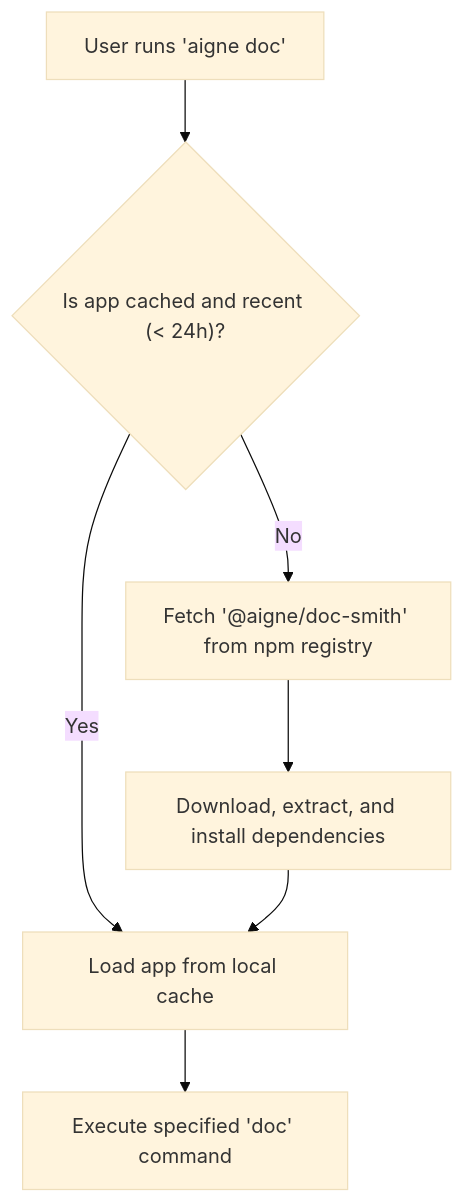
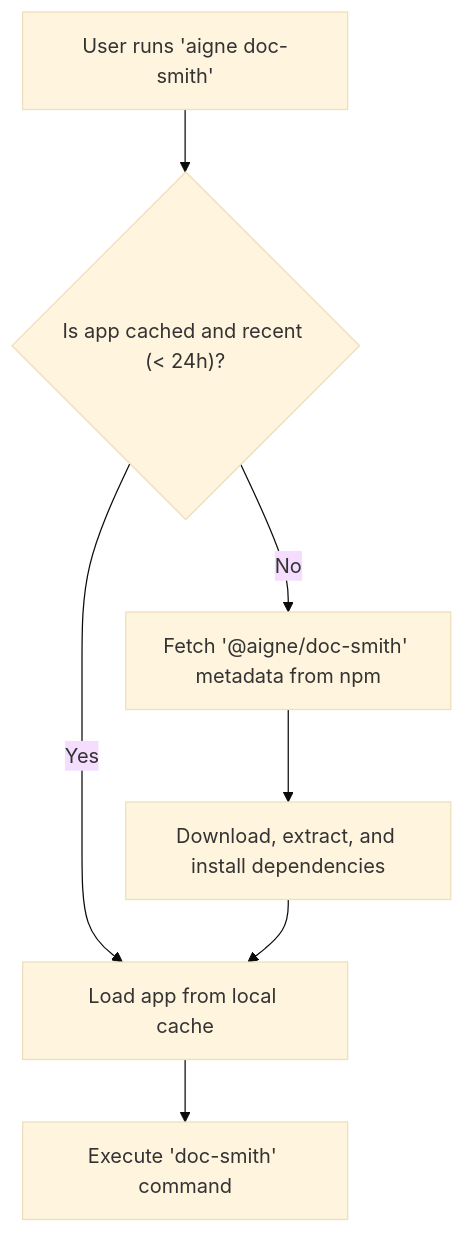
Before and after one commit to AIGNE-io/aigne-framework: the diagram in packages/cli/docs/command-reference-built-in-apps.md, drawn with Mermaid (base theme). The commit also changed other lines of this file and 39 other files, not shown here.

````diff
--- a/packages/cli/docs/command-reference-built-in-apps.md
+++ b/packages/cli/docs/command-reference-built-in-apps.md
@@ -61,9 +74,9 @@
 ```mermaid
 flowchart TD
-    A["User runs 'aigne doc'"] --> B{"Is app cached and recent (< 24h)?"};
+    A["User runs 'aigne doc-smith'"] --> B{"Is app cached and recent (< 24h)?"};
     B -- "Yes" --> E["Load app from local cache"];
-    B -- "No" --> C["Fetch '@aigne/doc-smith' from npm registry"];
+    B -- "No" --> C["Fetch '@aigne/doc-smith' metadata from npm"];
     C --> D["Download, extract, and install dependencies"];
     D --> E;
-    E --> F["Execute specified 'doc' command"];
+    E --> F["Execute 'doc-smith' command"];
 ```
````
